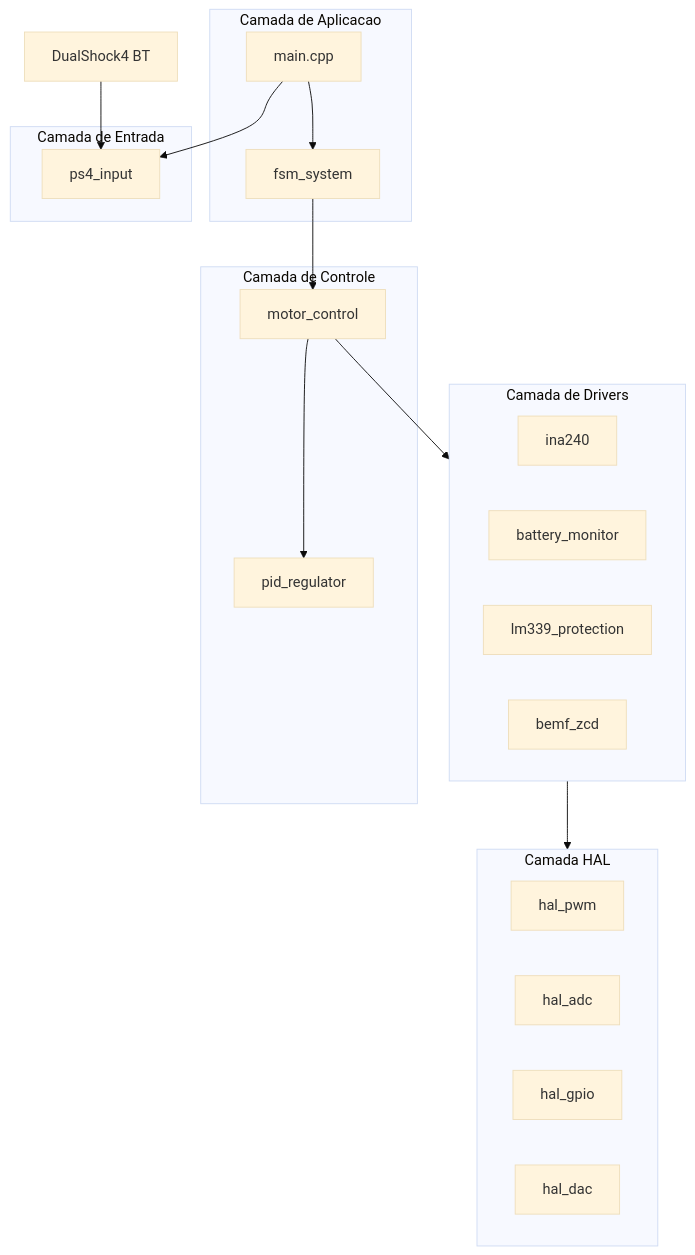
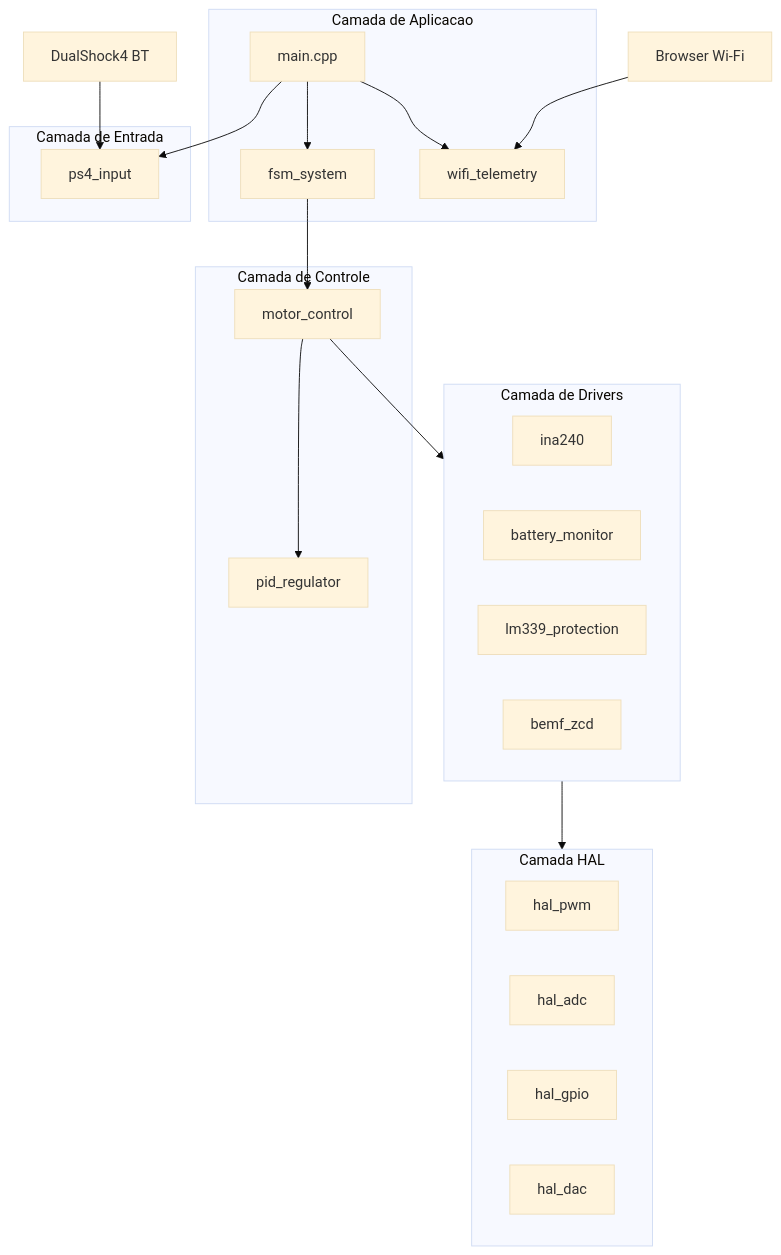
Before and after one commit to enzolfernandes/esp32-bldc-esc: the first of 3 diagrams in Firmware/DOCUMENTACAO_PROGRAMACAO.md, drawn with Mermaid (base theme). The commit also changed other lines of this file and 11 other files, not shown here.

````diff
--- a/Firmware/DOCUMENTACAO_PROGRAMACAO.md
+++ b/Firmware/DOCUMENTACAO_PROGRAMACAO.md
@@ -60,33 +61,36 @@
 ```mermaid
 flowchart TB
     subgraph aplicacao [Camada de Aplicacao]
         Main[main.cpp]
         FSM[fsm_system]
+        WiFi[wifi_telemetry]
     end
     subgraph entrada [Camada de Entrada]
         PS4[ps4_input]
     end
     subgraph controle [Camada de Controle]
         MC[motor_control]
         PI[pid_regulator]
     end
     subgraph drivers [Camada de Drivers]
         INA[ina240]
         BAT[battery_monitor]
         LM[lm339_protection]
         ZCD[bemf_zcd]
     end
     subgraph hal [Camada HAL]
         PWM[hal_pwm]
         ADC[hal_adc]
         GPIO[hal_gpio]
         DAC[hal_dac]
     end
     PS4_BT[DualShock4 BT] --> PS4
+    Browser[Browser Wi-Fi] --> WiFi
     Main --> FSM
     Main --> PS4
+    Main --> WiFi
     FSM --> MC
     MC --> PI
     MC --> drivers
     drivers --> hal
 ```
````
